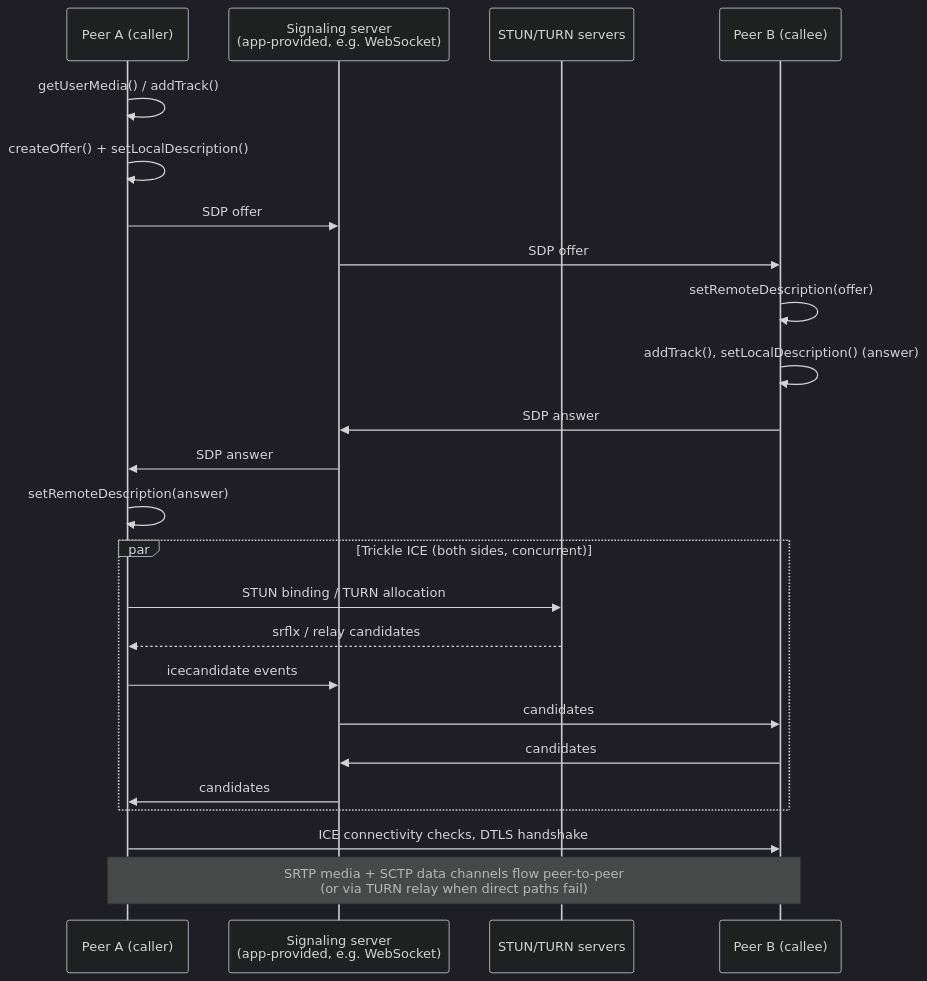
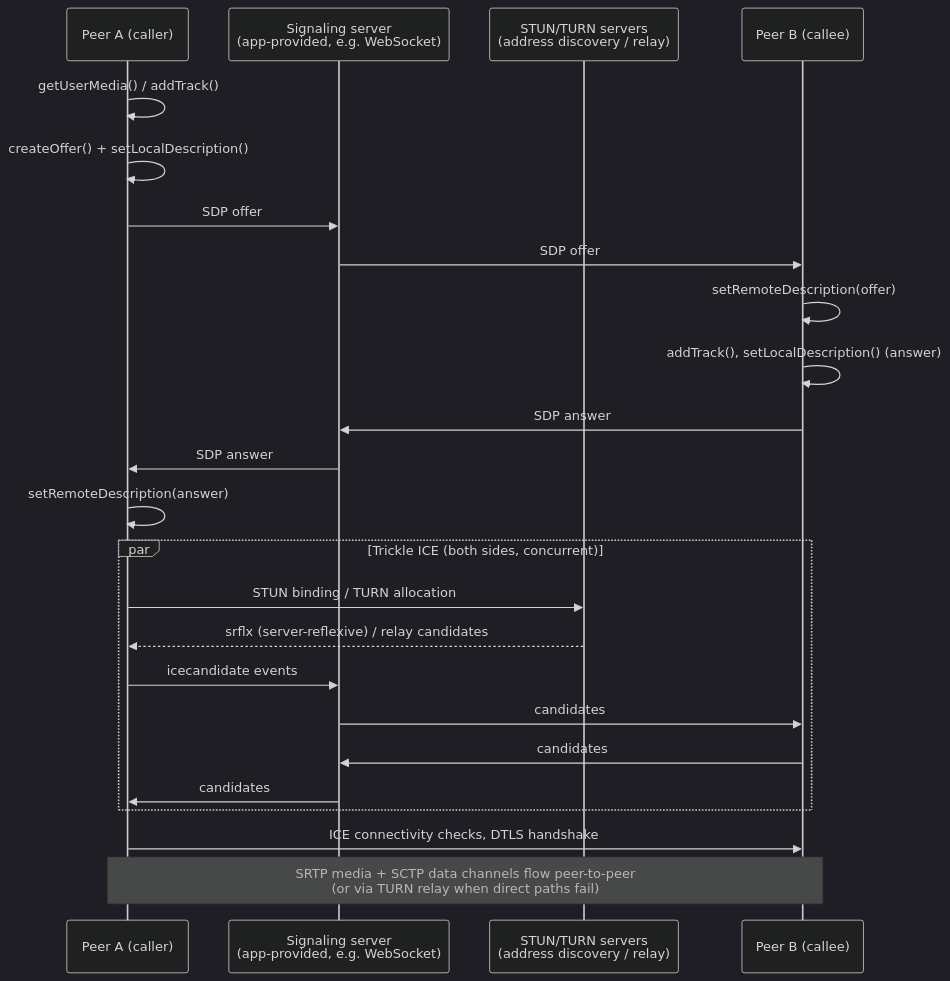
The diagram in docs/en/Browser APIs and Web Platform/webrtc.md (alivedise/frontend-engineering-essentials), drawn with Mermaid (dark theme) before and after one commit. The commit also changed other lines of this file and 1 other file, not shown here.

First line of the commit message:
docs(browser-apis): address adversarial review for FEE-419

````diff
--- a/docs/en/Browser APIs and Web Platform/webrtc.md
+++ b/docs/en/Browser APIs and Web Platform/webrtc.md
@@ -20,27 +20,27 @@
 ```mermaid
 sequenceDiagram
     participant A as Peer A (caller)
     participant S as Signaling server<br/>(app-provided, e.g. WebSocket)
-    participant T as STUN/TURN servers
+    participant T as STUN/TURN servers<br/>(address discovery / relay)
     participant B as Peer B (callee)
 
     A->>A: getUserMedia() / addTrack()
     A->>A: createOffer() + setLocalDescription()
     A->>S: SDP offer
     S->>B: SDP offer
     B->>B: setRemoteDescription(offer)
     B->>B: addTrack(), setLocalDescription() (answer)
     B->>S: SDP answer
     S->>A: SDP answer
     A->>A: setRemoteDescription(answer)
     par Trickle ICE (both sides, concurrent)
         A->>T: STUN binding / TURN allocation
-        T-->>A: srflx / relay candidates
+        T-->>A: srflx (server-reflexive) / relay candidates
         A->>S: icecandidate events
         S->>B: candidates
         B->>S: candidates
         S->>A: candidates
     end
     A->>B: ICE connectivity checks, DTLS handshake
     Note over A,B: SRTP media + SCTP data channels flow peer-to-peer<br/>(or via TURN relay when direct paths fail)
 ```
````
